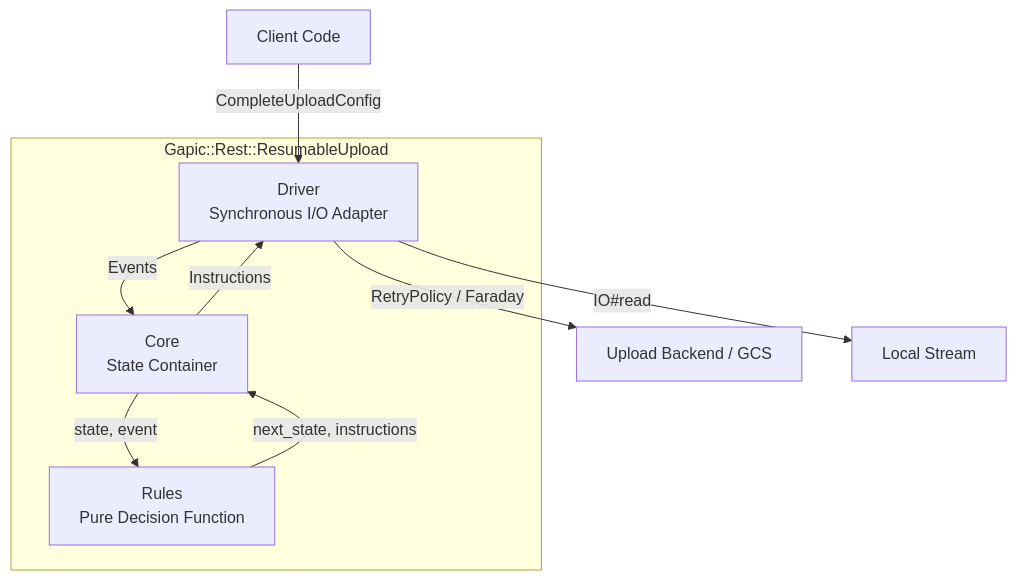
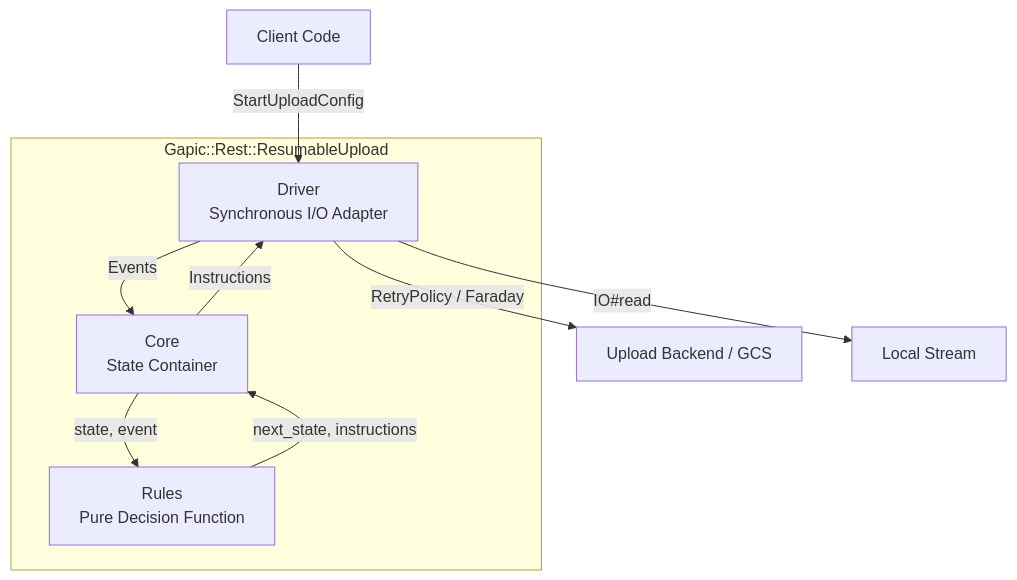
Before and after one commit to googleapis/ruby-core-libraries: the first of 2 diagrams in gapic-common/design/implementation-guide.md, drawn with Mermaid. The commit also changed other lines of this file and 7 other files, not shown here.

````diff
--- a/gapic-common/design/implementation-guide.md
+++ b/gapic-common/design/implementation-guide.md
@@ -7,12 +7,12 @@
 ```mermaid
 graph TD
-    Client[Client Code] -->|CompleteUploadConfig| Driver
+    Client[Client Code] -->|StartUploadConfig| Driver
     subgraph Gapic::Rest::ResumableUpload
         Driver[Driver <br/> Synchronous I/O Adapter] -->|Events| Core[Core <br/> State Container]
         Core -->|Instructions| Driver
         Core -->|state, event| Rules[Rules <br/> Pure Decision Function]
         Rules -->|next_state, instructions| Core
     end
     Driver -->|RetryPolicy / Faraday| Server[Upload Backend / GCS]
     Driver -->|IO#read| Stream[Local Stream]
 ```
````
